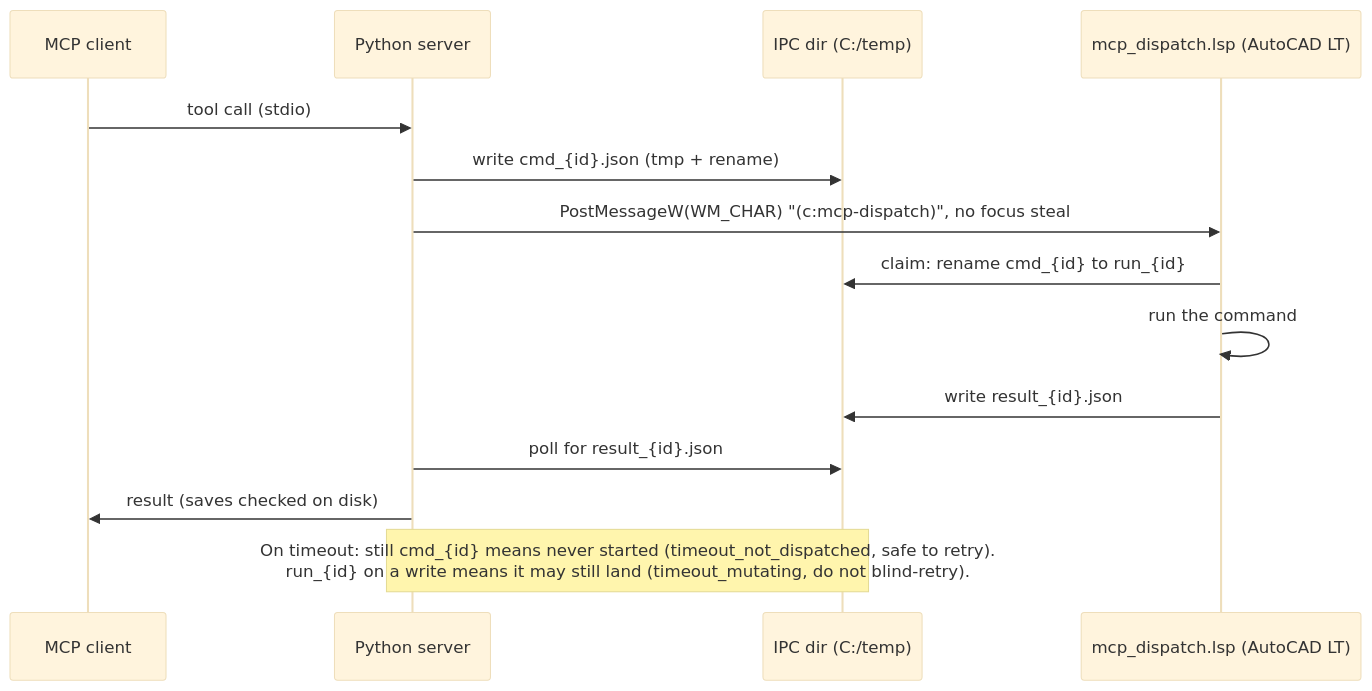
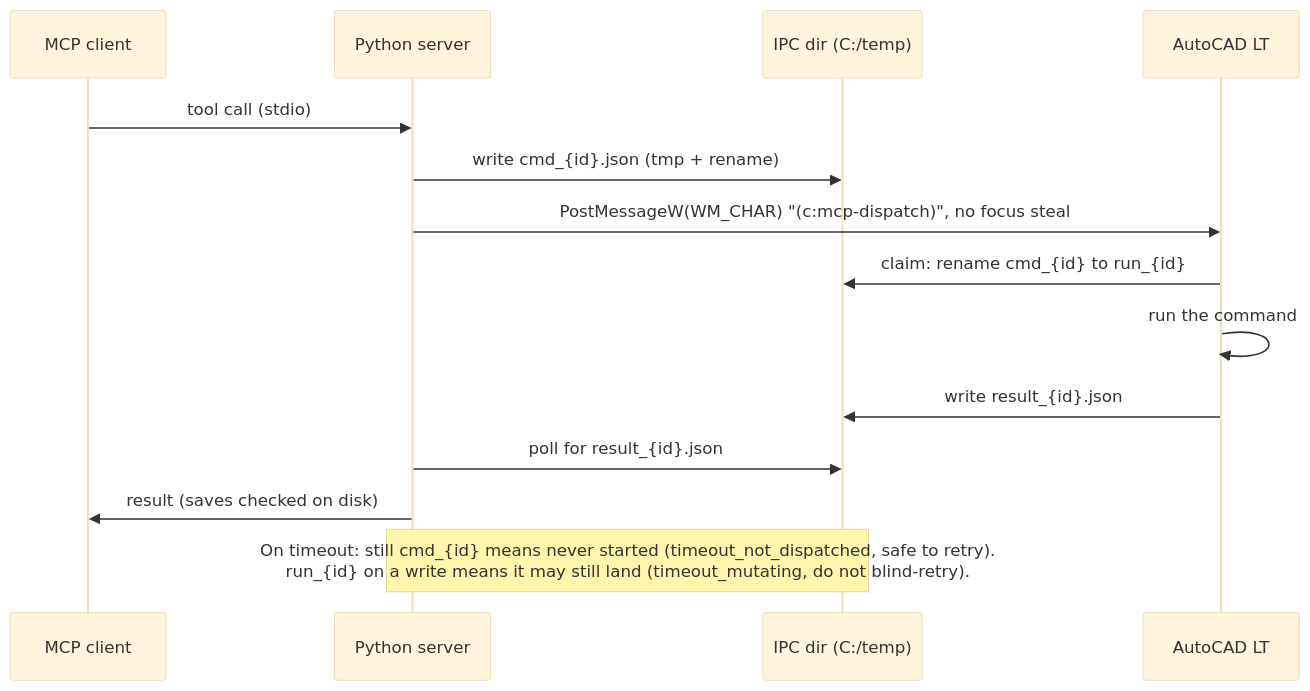
Before and after one commit to WiddlyBits/autocad-mcp: the diagram in README.md, drawn with Mermaid (base theme).

Commit message:
docs(README): shorten mermaid lane label so it isn't clipped

````diff
--- a/README.md
+++ b/README.md
@@ -281,16 +281,16 @@
 ```mermaid
 sequenceDiagram
     participant C as MCP client
     participant S as Python server
     participant F as IPC dir (C:/temp)
-    participant A as mcp_dispatch.lsp (AutoCAD LT)
+    participant A as AutoCAD LT
     C->>S: tool call (stdio)
     S->>F: write cmd_{id}.json (tmp + rename)
     S->>A: PostMessageW(WM_CHAR) "(c:mcp-dispatch)", no focus steal
     A->>F: claim: rename cmd_{id} to run_{id}
     A->>A: run the command
     A->>F: write result_{id}.json
     S->>F: poll for result_{id}.json
     S->>C: result (saves checked on disk)
     Note over S,F: On timeout: still cmd_{id} means never started (timeout_not_dispatched, safe to retry).<br/>run_{id} on a write means it may still land (timeout_mutating, do not blind-retry).
 ```
````
